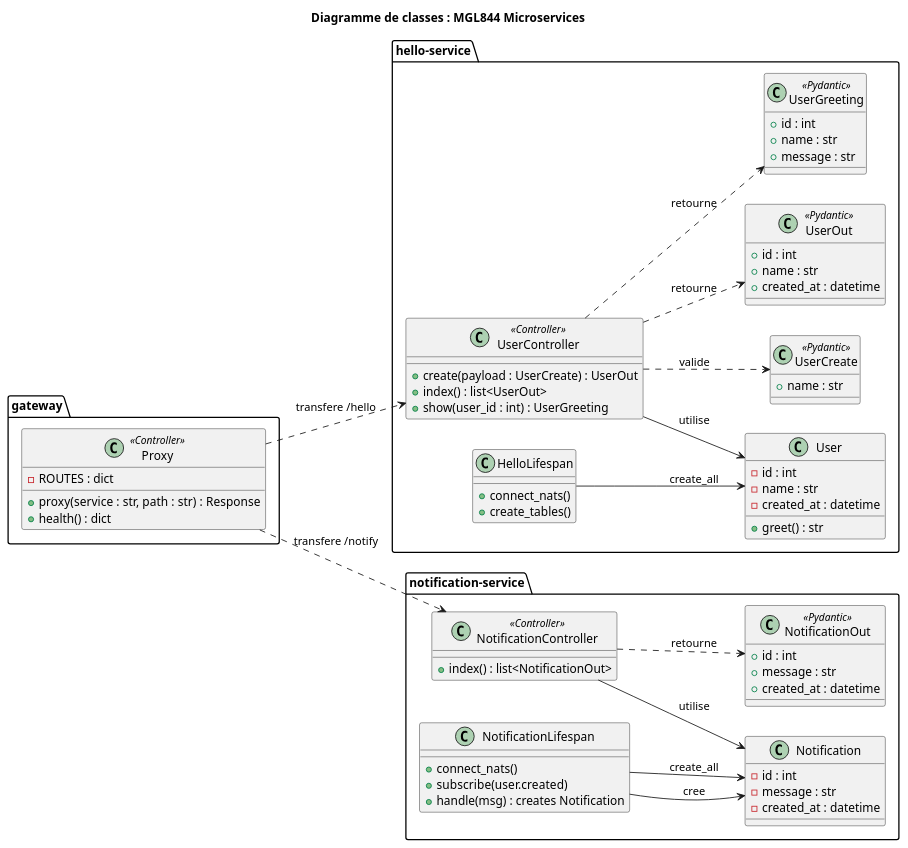
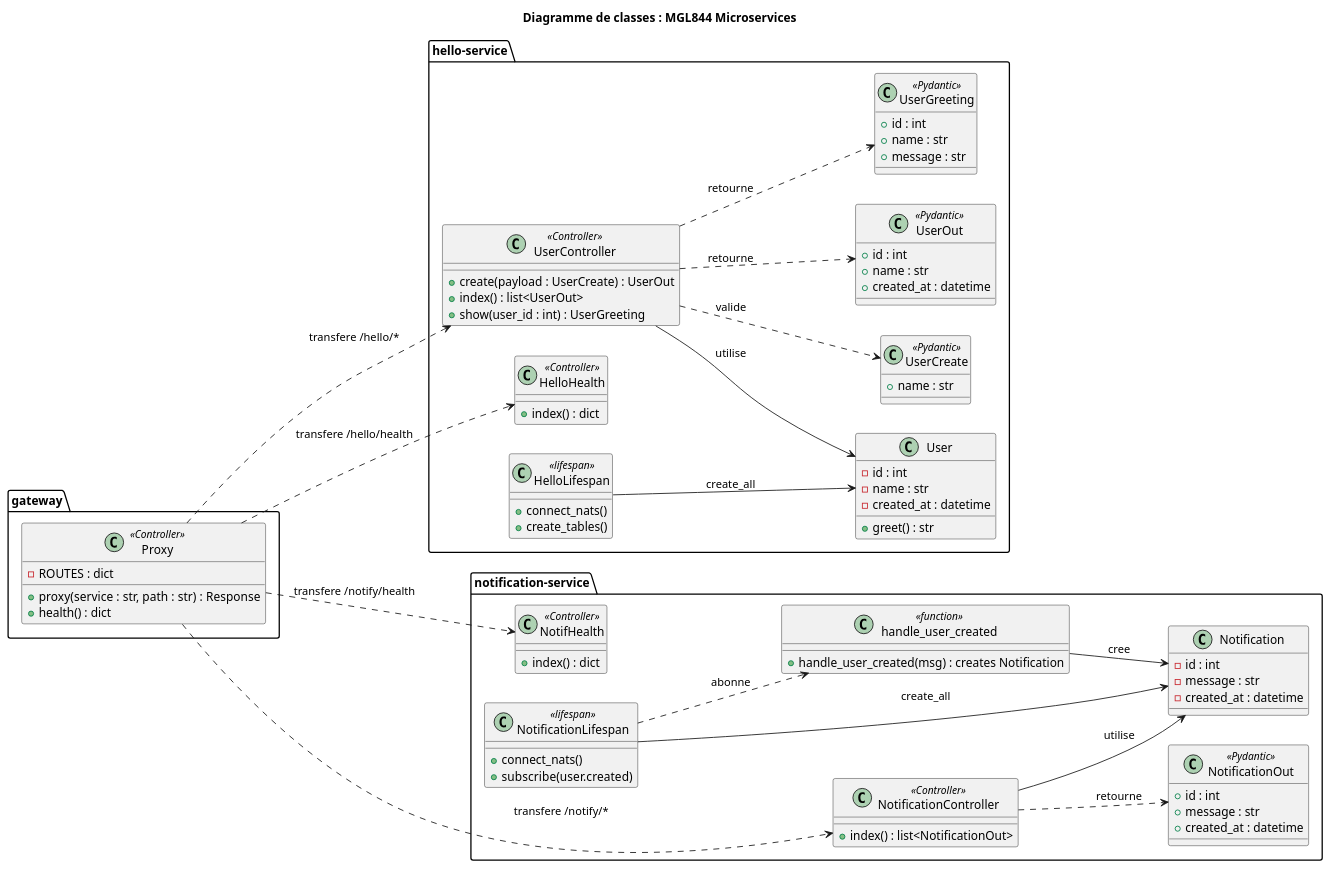
The diagram in doc/class.puml (olry/MGL844-Demo-Microservices), drawn with PlantUML before and after one commit. The commit also changed 39 other files, not shown here.

```diff
--- a/doc/class.puml
+++ b/doc/class.puml
@@ -1,92 +1,106 @@
 @startuml class
 title Diagramme de classes : MGL844 Microservices
 left to right direction
 
 ' ==== hello-service ====
 package "hello-service" {
   class User {
     - id : int
     - name : str
     - created_at : datetime
     + greet() : str
   }
 
   class UserCreate <<Pydantic>> {
     + name : str
   }
 
   class UserOut <<Pydantic>> {
     + id : int
     + name : str
     + created_at : datetime
   }
 
   class UserGreeting <<Pydantic>> {
     + id : int
     + name : str
     + message : str
   }
 
   class UserController <<Controller>> {
     + create(payload : UserCreate) : UserOut
     + index() : list<UserOut>
     + show(user_id : int) : UserGreeting
   }
 
-  class HelloLifespan {
+  class HelloHealth <<Controller>> {
+    + index() : dict
+  }
+
+  class HelloLifespan <<lifespan>> {
     + connect_nats()
     + create_tables()
   }
 }
 
 ' ==== notification-service ====
 package "notification-service" {
   class Notification {
     - id : int
     - message : str
     - created_at : datetime
   }
 
   class NotificationOut <<Pydantic>> {
     + id : int
     + message : str
     + created_at : datetime
   }
 
   class NotificationController <<Controller>> {
     + index() : list<NotificationOut>
   }
 
-  class NotificationLifespan {
+  class NotifHealth <<Controller>> {
+    + index() : dict
+  }
+
+  class NotificationLifespan <<lifespan>> {
     + connect_nats()
     + subscribe(user.created)
-    + handle(msg) : creates Notification
+  }
+
+  class handle_user_created <<function>> {
+    + handle_user_created(msg) : creates Notification
   }
 }
 
 ' ==== gateway ====
 package "gateway" {
   class Proxy <<Controller>> {
     - ROUTES : dict
     + proxy(service : str, path : str) : Response
     + health() : dict
   }
 }
 
 ' ==== Relations ====
 UserController --> User : utilise
 UserController ..> UserCreate : valide
 UserController ..> UserOut : retourne
 UserController ..> UserGreeting : retourne
 
 NotificationController --> Notification : utilise
 NotificationController ..> NotificationOut : retourne
-NotificationLifespan --> Notification : cree
+handle_user_created --> Notification : cree
+NotificationLifespan ..> handle_user_created : abonne
 
 HelloLifespan --> User : create_all
 NotificationLifespan --> Notification : create_all
 
-Proxy ..> UserController : transfere /hello
-Proxy ..> NotificationController : transfere /notify
+Proxy ..> UserController : transfere /hello/*
+Proxy ..> NotificationController : transfere /notify/*
+Proxy ..> HelloHealth : transfere /hello/health
+Proxy ..> NotifHealth : transfere /notify/health
 
 @enduml
```
